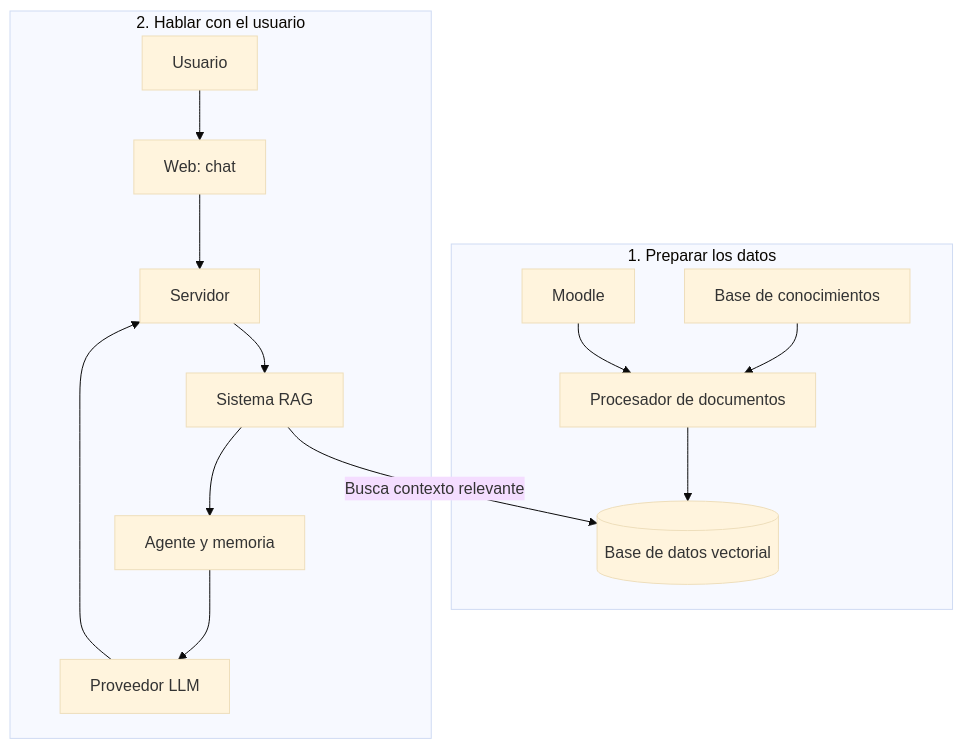
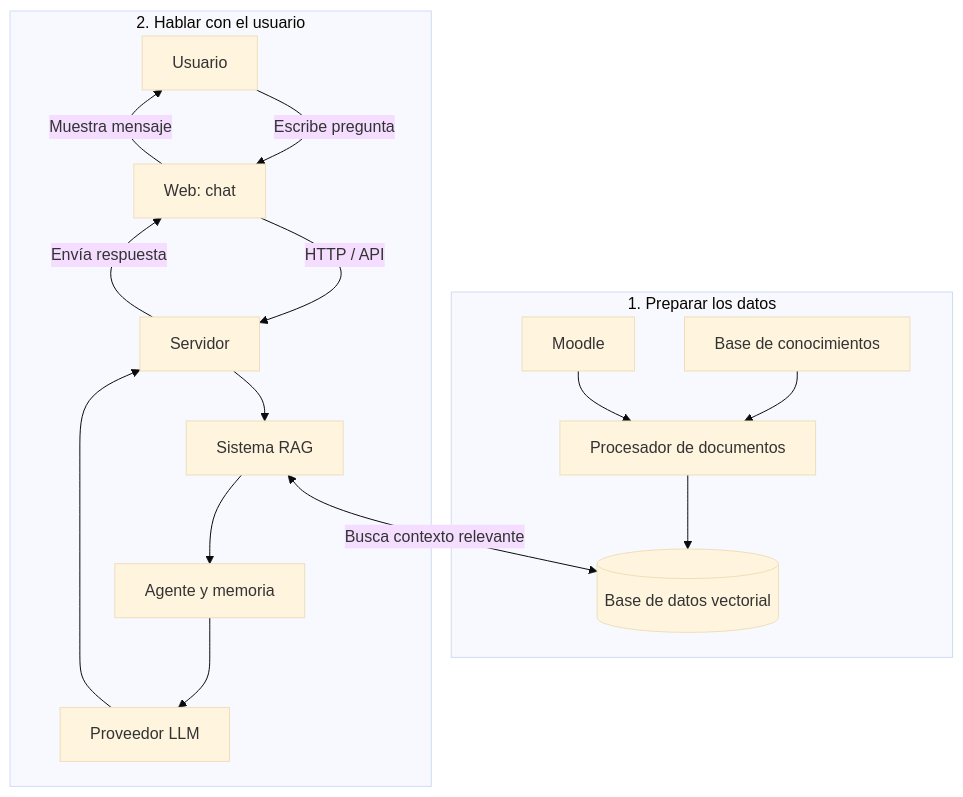
The diagram in README.md (NahuelZa/Asistente-Virtual-Inteligente-para-Moodle), drawn with Mermaid (base theme) before and after one commit.

Commit message:
Reflejar respuesta en diagrama de flujo

````diff
--- a/README.md
+++ b/README.md
@@ -19,20 +19,21 @@
 ```mermaid
 flowchart TD
    subgraph Ingesta [1. Preparar los datos]
       K[Base de conocimientos] --> P[Procesador de documentos]
       M[Moodle] --> P
       P --> V[(Base de datos vectorial)]
    end
 
-   subgraph Runtime [2. Hablar con el usuario]
-      U[Usuario] --> W[Web: chat]
-      W --> E[Servidor]
-      E --> R[Sistema RAG]
+    subgraph Runtime [2. Hablar con el usuario]
+        U[Usuario] -->|Escribe pregunta| W[Web: chat]
+        W -->|HTTP / API| E[Servidor]
+        E --> R[Sistema RAG]
+        R <--> |Busca contexto relevante| V
+        R --> A[Agente y memoria]
+        A --> L[Proveedor LLM]
+        L --> E
 
-      R -->|Busca contexto relevante| V
-
-      R --> A[Agente y memoria]
-      A --> L[Proveedor LLM]
-      L --> E
-   end
+        E -->|Envía respuesta| W
+        W -->|Muestra mensaje| U
+    end
 ```
````
